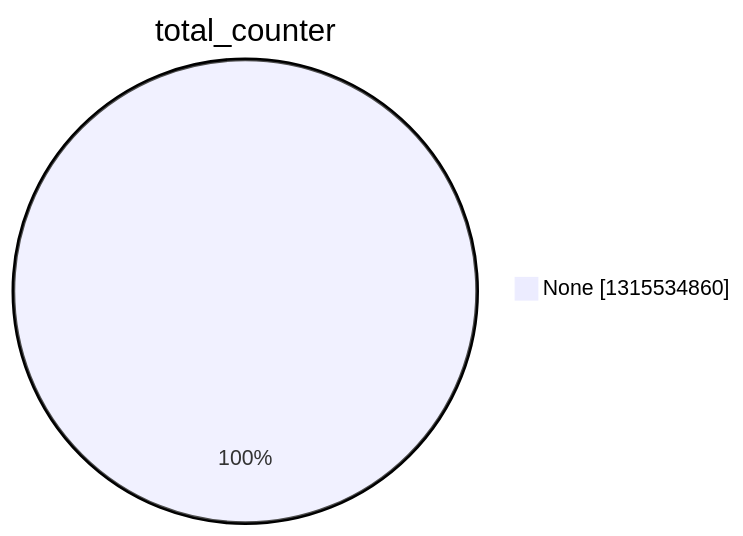
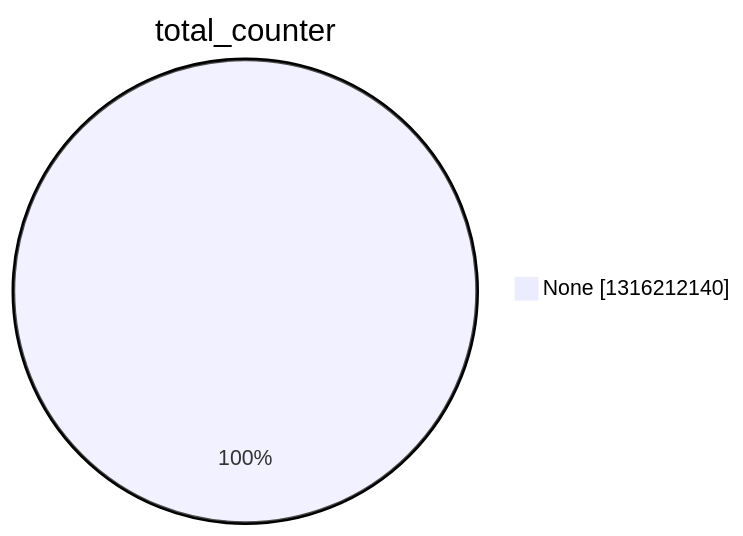
One commit to christiankrug/ctmonitor_visualization changed the second of 15 diagrams in argon2022/README.md. Above: the diagram before and after it, drawn with Mermaid. The commit also changed other lines of this file, not shown here.

````diff
--- a/argon2022/README.md
+++ b/argon2022/README.md
@@ -9,5 +9,5 @@
 ```mermaid
 pie showData
 title total_counter
-"None" :1315534860
+"None" :1316212140
 ```
````
